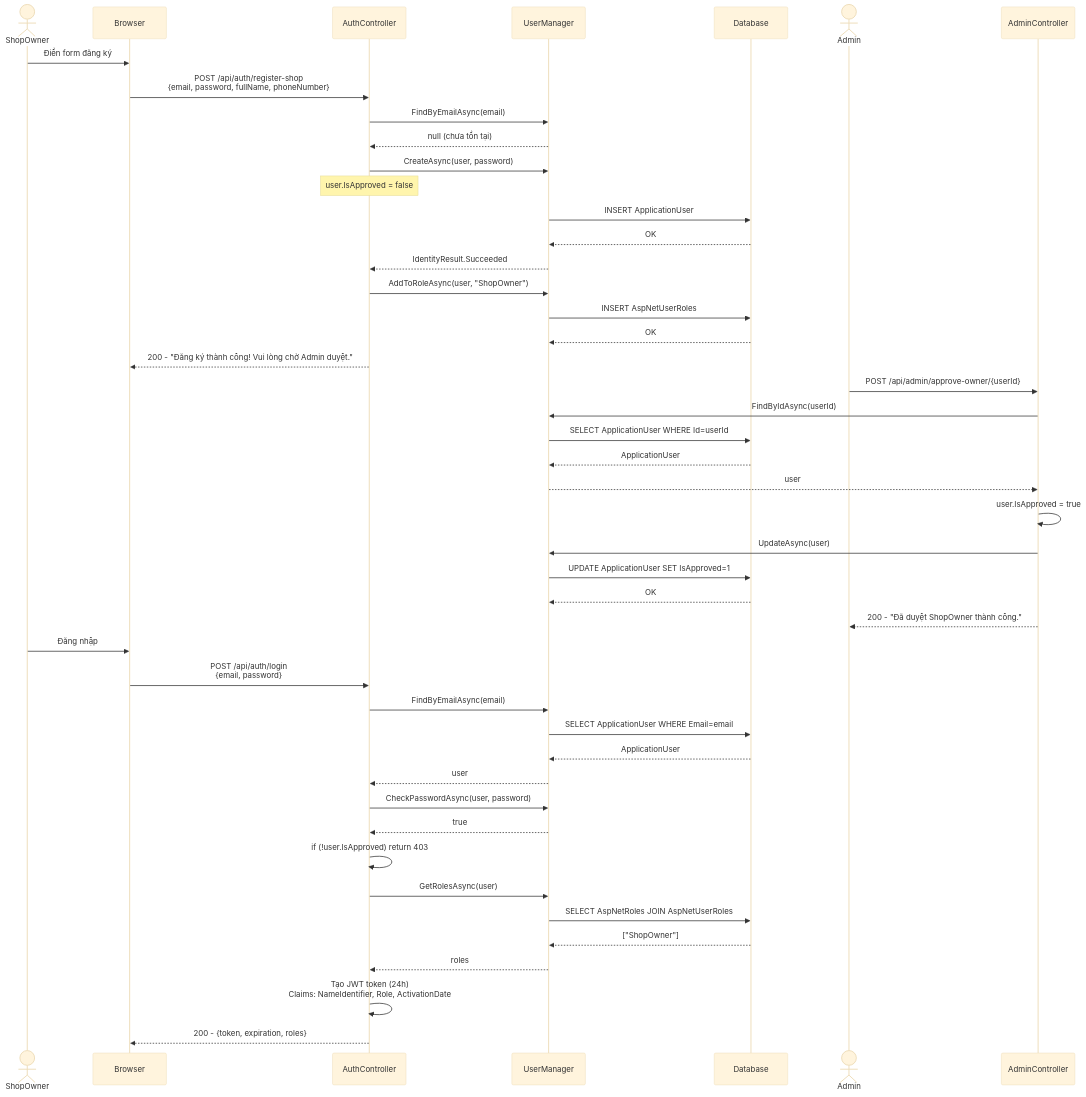
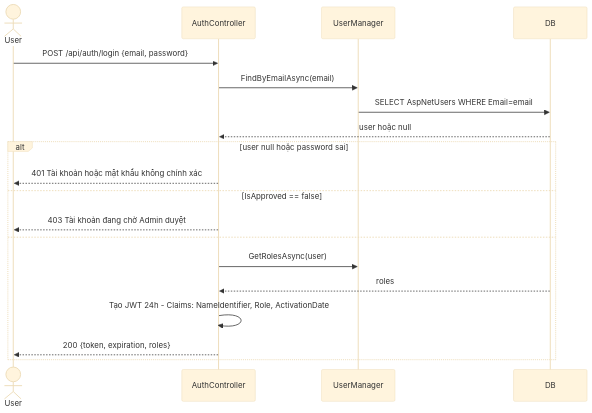
One commit to phamquyet47204/C-Sharp changed the fourth of 16 diagrams in README.md. Above: the diagram before and after it, drawn with Mermaid (base theme). The commit also changed other lines of this file, not shown here.

````diff
--- a/README.md
+++ b/README.md
@@ -768,51 +435,23 @@
 ```mermaid
 sequenceDiagram
-  actor ShopOwner
-  participant Browser
+  actor User
   participant AuthController
   participant UserManager
-  participant DB as Database
-  actor Admin
-  participant AdminController
+  participant DB
 
-  ShopOwner->>Browser: Điền form đăng ký
-  Browser->>AuthController: POST /api/auth/register-shop<br/>{email, password, fullName, phoneNumber}
+  User->>AuthController: POST /api/auth/login {email, password}
   AuthController->>UserManager: FindByEmailAsync(email)
-  UserManager-->>AuthController: null (chưa tồn tại)
-  AuthController->>UserManager: CreateAsync(user, password)
-  Note over AuthController: user.IsApproved = false
-  UserManager->>DB: INSERT ApplicationUser
-  DB-->>UserManager: OK
-  UserManager-->>AuthController: IdentityResult.Succeeded
-  AuthController->>UserManager: AddToRoleAsync(user, "ShopOwner")
-  UserManager->>DB: INSERT AspNetUserRoles
-  DB-->>UserManager: OK
-  AuthController-->>Browser: 200 - "Đăng ký thành công! Vui lòng chờ Admin duyệt."
+  UserManager->>DB: SELECT AspNetUsers WHERE Email=email
+  DB-->>AuthController: user hoặc null
 
-  Admin->>AdminController: POST /api/admin/approve-owner/{userId}
-  AdminController->>UserManager: FindByIdAsync(userId)
-  UserManager->>DB: SELECT ApplicationUser WHERE Id=userId
-  DB-->>UserManager: ApplicationUser
-  UserManager-->>AdminController: user
-  AdminController->>AdminController: user.IsApproved = true
-  AdminController->>UserManager: UpdateAsync(user)
-  UserManager->>DB: UPDATE ApplicationUser SET IsApproved=1
-  DB-->>UserManager: OK
-  AdminController-->>Admin: 200 - "Đã duyệt ShopOwner thành công."
-
-  ShopOwner->>Browser: Đăng nhập
-  Browser->>AuthController: POST /api/auth/login<br/>{email, password}
-  AuthController->>UserManager: FindByEmailAsync(email)
-  UserManager->>DB: SELECT ApplicationUser WHERE Email=email
-  DB-->>UserManager: ApplicationUser
-  UserManager-->>AuthController: user
-  AuthController->>UserManager: CheckPasswordAsync(user, password)
-  UserManager-->>AuthController: true
-  AuthController->>AuthController: if (!user.IsApproved) return 403
-  AuthController->>UserManager: GetRolesAsync(user)
-  UserManager->>DB: SELECT AspNetRoles JOIN AspNetUserRoles
-  DB-->>UserManager: ["ShopOwner"]
-  UserManager-->>AuthController: roles
-  AuthController->>AuthController: Tạo JWT token (24h)<br/>Claims: NameIdentifier, Role, ActivationDate
-  AuthController-->>Browser: 200 - {token, expiration, roles}
+  alt user null hoặc password sai
+    AuthController-->>User: 401 Tài khoản hoặc mật khẩu không chính xác
+  else IsApproved == false
+    AuthController-->>User: 403 Tài khoản đang chờ Admin duyệt
+  else
+    AuthController->>UserManager: GetRolesAsync(user)
+    DB-->>AuthController: roles
+    AuthController->>AuthController: Tạo JWT 24h - Claims: NameIdentifier, Role, ActivationDate
+    AuthController-->>User: 200 {token, expiration, roles}
+  end
 ```
````
